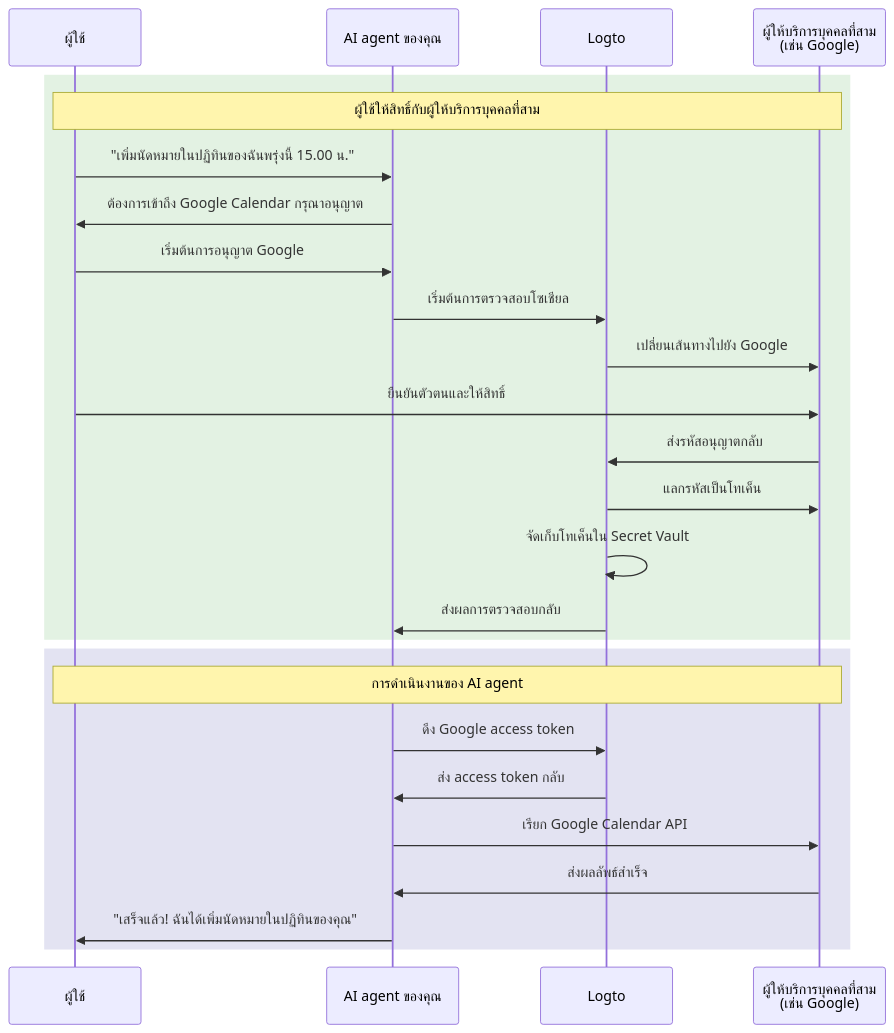
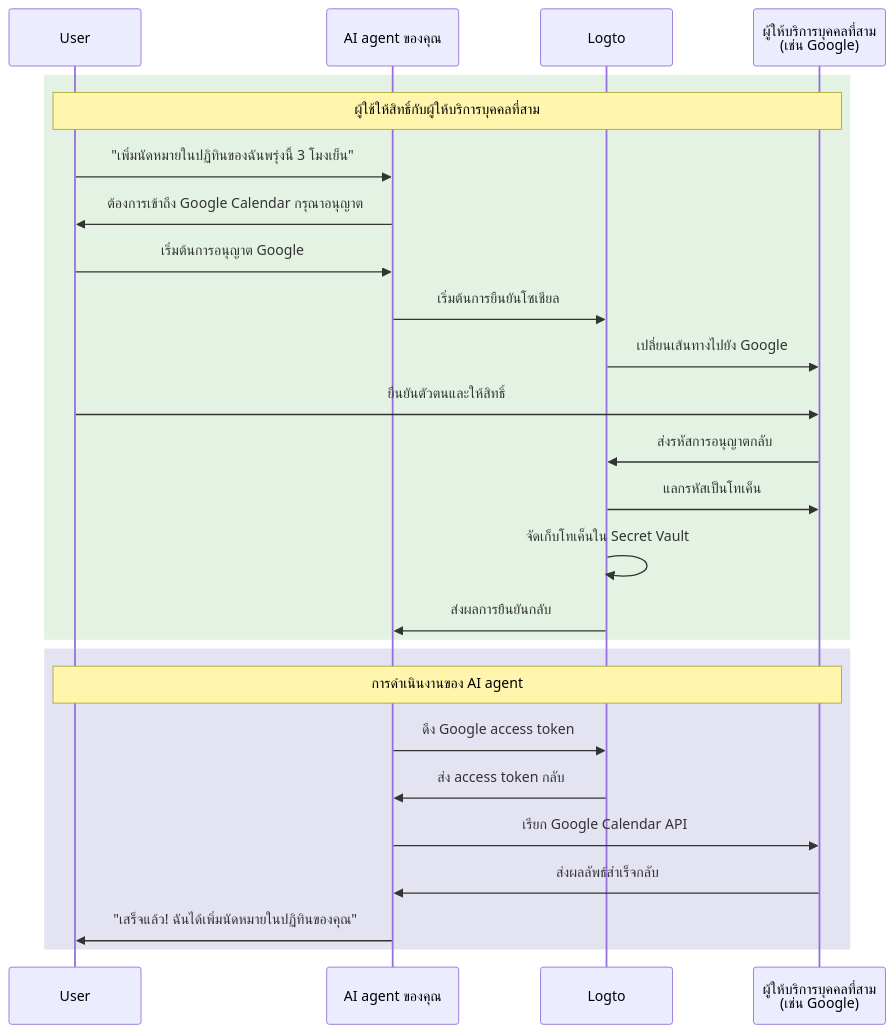
Before and after one commit to logto-io/docs: the diagram in i18n/th/docusaurus-plugin-content-docs/current/use-cases/ai/connect-your-agent-to-third-party-apis.mdx, drawn with Mermaid. The commit also changed other lines of this file and 666 other files, not shown here.

````diff
--- a/i18n/th/docusaurus-plugin-content-docs/current/use-cases/ai/connect-your-agent-to-third-party-apis.mdx
+++ b/i18n/th/docusaurus-plugin-content-docs/current/use-cases/ai/connect-your-agent-to-third-party-apis.mdx
@@ -32,30 +32,30 @@
 ```mermaid
 sequenceDiagram
-    participant User as ผู้ใช้
+    participant User
     participant Agent as AI agent ของคุณ
     participant Logto
     participant Google as ผู้ให้บริการบุคคลที่สาม<br/>(เช่น Google)
 
     rect rgba(200, 230, 200, 0.5)
         Note over User, Google: ผู้ใช้ให้สิทธิ์กับผู้ให้บริการบุคคลที่สาม
-        User->>Agent: "เพิ่มนัดหมายในปฏิทินของฉันพรุ่งนี้ 15.00 น."
+        User->>Agent: "เพิ่มนัดหมายในปฏิทินของฉันพรุ่งนี้ 3 โมงเย็น"
         Agent->>User: ต้องการเข้าถึง Google Calendar กรุณาอนุญาต
         User->>Agent: เริ่มต้นการอนุญาต Google
-        Agent->>Logto: เริ่มต้นการตรวจสอบโซเชียล
+        Agent->>Logto: เริ่มต้นการยืนยันโซเชียล
         Logto->>Google: เปลี่ยนเส้นทางไปยัง Google
         User->>Google: ยืนยันตัวตนและให้สิทธิ์
-        Google->>Logto: ส่งรหัสอนุญาตกลับ
+        Google->>Logto: ส่งรหัสการอนุญาตกลับ
         Logto->>Google: แลกรหัสเป็นโทเค็น
         Logto->>Logto: จัดเก็บโทเค็นใน Secret Vault
-        Logto->>Agent: ส่งผลการตรวจสอบกลับ
+        Logto->>Agent: ส่งผลการยืนยันกลับ
     end
 
     rect rgba(200, 200, 230, 0.5)
         Note over User, Google: การดำเนินงานของ AI agent
         Agent->>Logto: ดึง Google access token
         Logto->>Agent: ส่ง access token กลับ
         Agent->>Google: เรียก Google Calendar API
-        Google->>Agent: ส่งผลลัพธ์สำเร็จ
+        Google->>Agent: ส่งผลลัพธ์สำเร็จกลับ
         Agent->>User: "เสร็จแล้ว! ฉันได้เพิ่มนัดหมายในปฏิทินของคุณ"
     end
 ```
````
